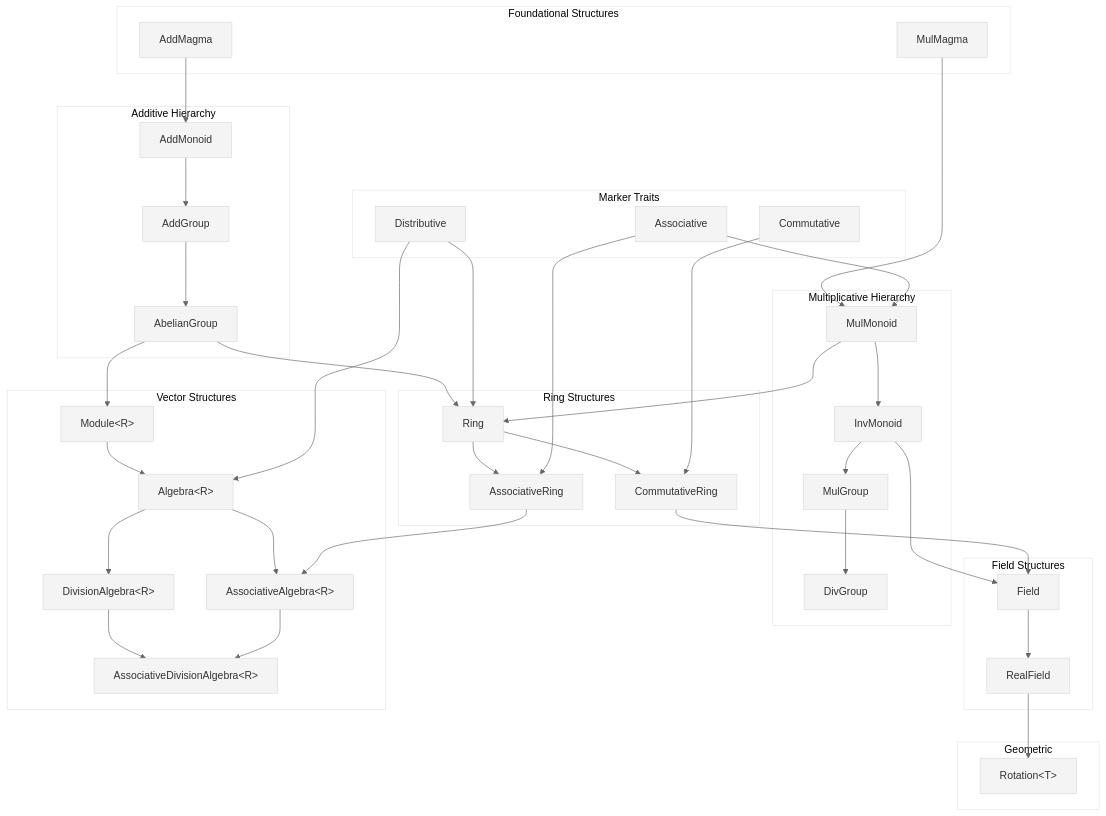
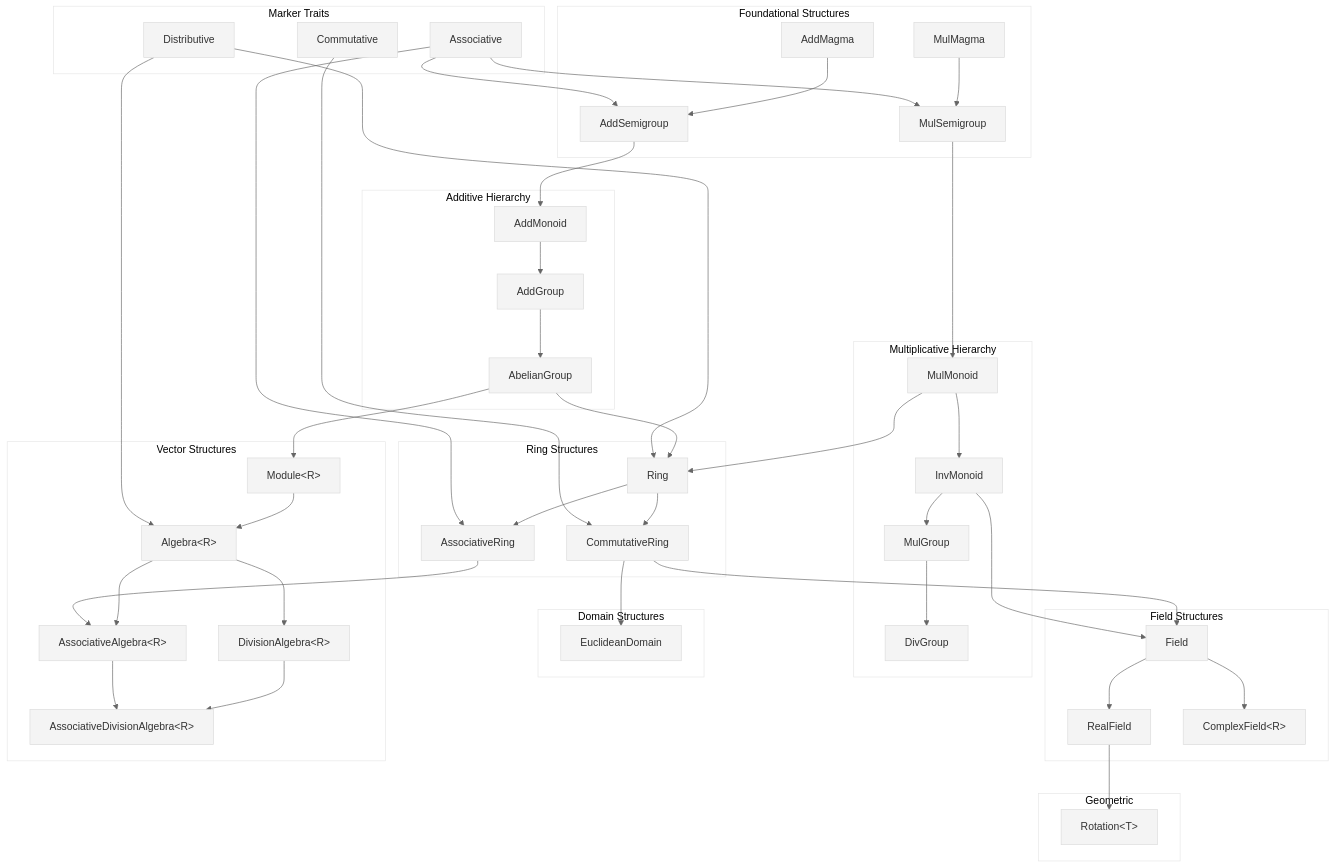
Before and after one commit to deepcausality-rs/deep_causality: the diagram in deep_causality_num/README_ALGEBRA_TRAITS.md, drawn with Mermaid. The commit also changed other lines of this file and 8 other files, not shown here.

```diff
--- a/deep_causality_num/README_ALGEBRA_TRAITS.md
+++ b/deep_causality_num/README_ALGEBRA_TRAITS.md
@@ -16,6 +16,8 @@
     subgraph Foundational Structures
         AddMag["AddMagma"]
         MulMag["MulMagma"]
+        AddSemi["AddSemigroup"]
+        MulSemi["MulSemigroup"]
     end
 
     subgraph Additive Hierarchy
@@ -37,9 +39,14 @@
         CommRing["CommutativeRing"]
     end
 
+    subgraph Domain Structures
+        EucDom["EuclideanDomain"]
+    end
+
     subgraph Field Structures
         Field["Field"]
         RealFld["RealField"]
+        CmplxFld["ComplexField&lt;R&gt;"]
     end
 
     subgraph Vector Structures
@@ -54,14 +61,19 @@
         Rotation["Rotation&lt;T&gt;"]
     end
 
+    %% Semigroup path
+    AddMag --> AddSemi
+    MulMag --> MulSemi
+    Assoc --> AddSemi
+    Assoc --> MulSemi
+
     %% Additive path
-    AddMag --> AddMon
+    AddSemi --> AddMon
     AddMon --> AddGrp
     AddGrp --> AbelGrp
 
     %% Multiplicative path
-    MulMag --> MulMon
-    Assoc --> MulMon
+    MulSemi --> MulMon
     MulMon --> InvMon
     InvMon --> MulGrp
     MulGrp --> DivGrp
@@ -75,10 +87,14 @@
     Ring --> CommRing
     Comm --> CommRing
 
+    %% Domain path
+    CommRing --> EucDom
+
     %% Field path
     CommRing --> Field
     InvMon --> Field
     Field --> RealFld
+    Field --> CmplxFld
 
     %% Module/Algebra path
     AbelGrp --> Module
```
